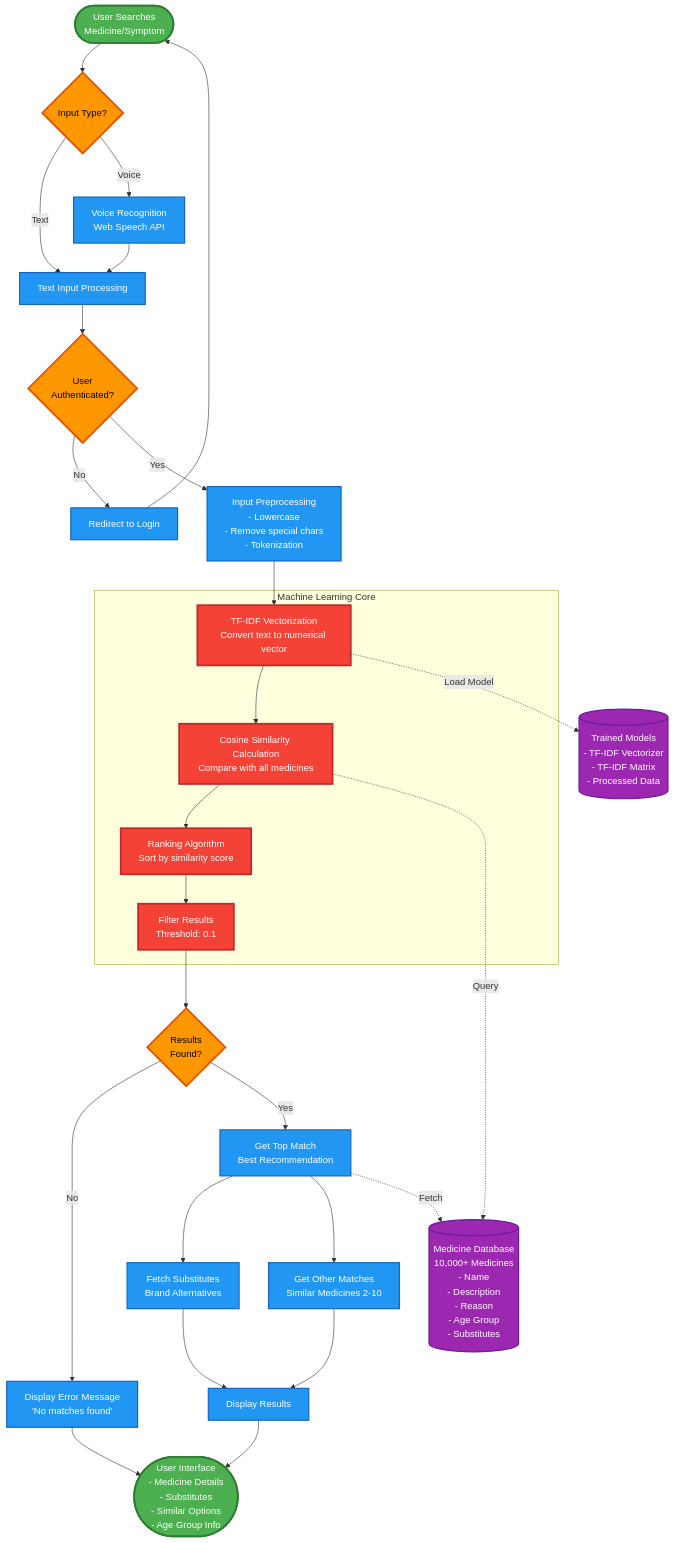
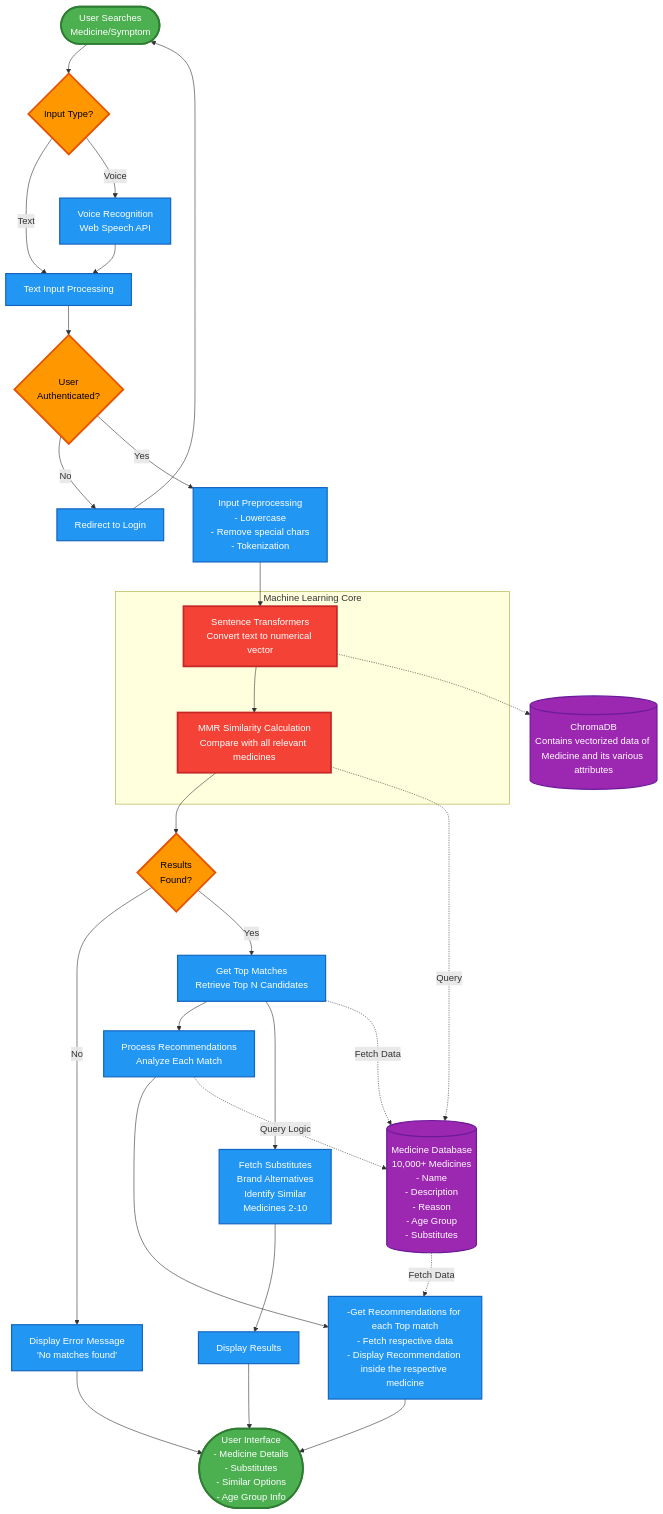
One commit to udityamerit/AIOPharmacy changed the second of 5 diagrams in README.md. Above: the diagram before and after it, drawn with Mermaid.

Commit message:
Updated the Simple data flow diagram
Updated the component interaction diagram to reflect changes in the recommendation processing flow and vectorization method.

````diff
--- a/README.md
+++ b/README.md
@@ -195,56 +195,60 @@
 ```mermaid
 flowchart TD
     START([User Searches<br/>Medicine/Symptom]) --> INPUT{Input Type?}
     
     INPUT -->|Text| TEXT[Text Input Processing]
     INPUT -->|Voice| VOICE[Voice Recognition<br/>Web Speech API]
     
     VOICE --> TEXT
     TEXT --> AUTH{User<br/>Authenticated?}
     
     AUTH -->|No| LOGIN[Redirect to Login]
     AUTH -->|Yes| PREPROCESS[Input Preprocessing<br/>- Lowercase<br/>- Remove special chars<br/>- Tokenization]
     
-    PREPROCESS --> VECTORIZE[TF-IDF Vectorization<br/>Convert text to numerical vector]
+    PREPROCESS --> VECTORIZE[Sentence Transformers<br/>Convert text to numerical vector]
     
     subgraph "Machine Learning Core"
-        VECTORIZE --> SIMILARITY[Cosine Similarity Calculation<br/>Compare with all medicines]
-        SIMILARITY --> RANK[Ranking Algorithm<br/>Sort by similarity score]
-        RANK --> FILTER[Filter Results<br/>Threshold: 0.1]
+        VECTORIZE --> SIMILARITY[MMR Similarity Calculation<br/>Compare with all relevant medicines]
     end
     
-    FILTER --> CHECK{Results<br/>Found?}
+    SIMILARITY --> CHECK{Results<br/>Found?}
     
     CHECK -->|No| ERROR[Display Error Message<br/>'No matches found']
-    CHECK -->|Yes| TOP[Get Top Match<br/>Best Recommendation]
     
-    TOP --> SUBS[Fetch Substitutes<br/>Brand Alternatives]
-    TOP --> OTHER[Get Other Matches<br/>Similar Medicines 2-10]
+    %% --- UPDATED SECTION START ---
+    CHECK -->|Yes| MATCHES[Get Top Matches<br/>Retrieve Top N Candidates]
+    
+    MATCHES --> PROCESS_RECS[Process Recommendations<br/>Analyze Each Match]
+    
+    MATCHES --> SUBS[Fetch Substitutes<br/>Brand Alternatives<br/>Identify Similar<br/>Medicines 2-10]
+
+    %% --- UPDATED SECTION END ---
     
     SUBS --> DISPLAY[Display Results]
-    OTHER --> DISPLAY
-    
+
+    PROCESS_RECS --> DISPLAY_IN[-Get Recommendations for each Top match<br/>- Fetch respective data<br/>- Display Recommendation inside the respective medicine ]
     DISPLAY --> UI([User Interface<br/>- Medicine Details<br/>- Substitutes<br/>- Similar Options<br/>- Age Group Info])
     
     ERROR --> UI
     LOGIN --> START
-    
+    DISPLAY_IN-->UI
     DB[(Medicine Database<br/>10,000+ Medicines<br/>- Name<br/>- Description<br/>- Reason<br/>- Age Group<br/>- Substitutes)]
     
-    VECTORIZE -.->|Load Model| MODEL[(Trained Models<br/>- TF-IDF Vectorizer<br/>- TF-IDF Matrix<br/>- Processed Data)]
+    VECTORIZE -.-> MODEL[(ChromaDB</br>Contains vectorized data of Medicine and its various attributes)]
     SIMILARITY -.->|Query| DB
-    TOP -.->|Fetch| DB
-    
+    MATCHES -.->|Fetch Data| DB
+    PROCESS_RECS -.->|Query Logic| DB
+    DB -.->|Fetch Data| DISPLAY_IN
     classDef startEnd fill:#4CAF50,stroke:#2E7D32,stroke-width:3px,color:#fff
     classDef process fill:#2196F3,stroke:#1565C0,stroke-width:2px,color:#fff
     classDef decision fill:#FF9800,stroke:#E65100,stroke-width:3px,color:#000
     classDef database fill:#9C27B0,stroke:#6A1B9A,stroke-width:2px,color:#fff
     classDef ml fill:#F44336,stroke:#C62828,stroke-width:3px,color:#fff
     classDef result fill:#8BC34A,stroke:#558B2F,stroke-width:3px,color:#000
     
     class START,UI startEnd
-    class TEXT,VOICE,PREPROCESS,TOP,SUBS,OTHER,DISPLAY,ERROR,LOGIN process
+    class TEXT,VOICE,PREPROCESS,MATCHES,PROCESS_RECS,SUBS,OTHER,DISPLAY,DISPLAY_IN,ERROR,LOGIN process
     class INPUT,AUTH,CHECK decision
     class DB,MODEL database
-    class VECTORIZE,SIMILARITY,RANK,FILTER ml
+    class VECTORIZE,SIMILARITY ml
 ```
````
